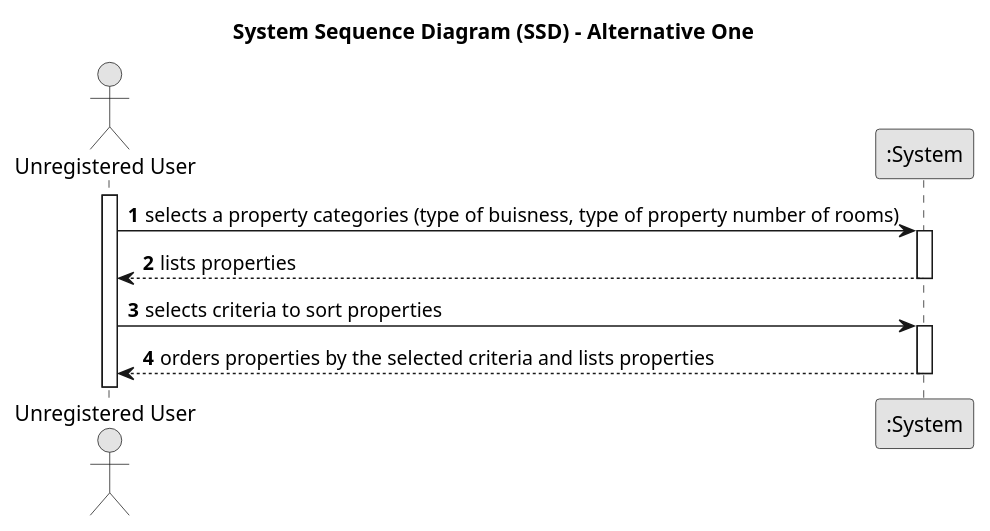
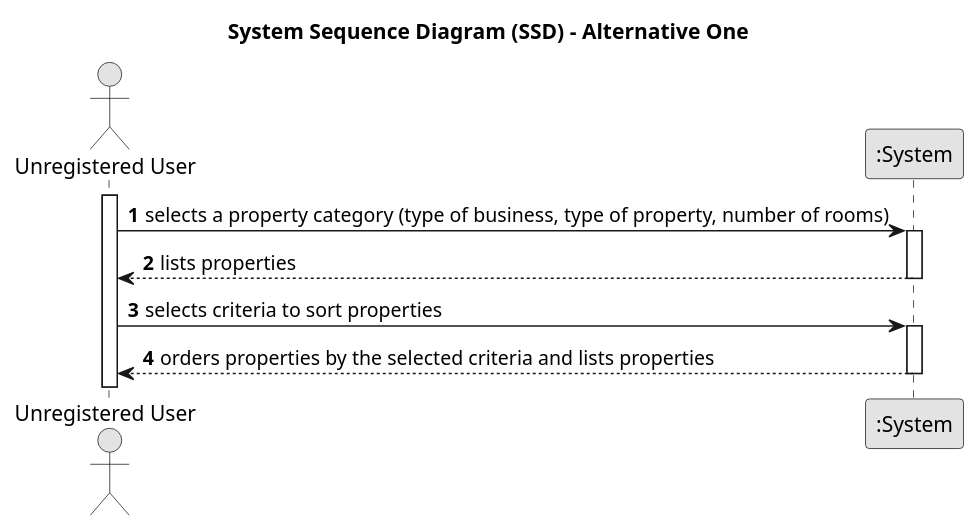
One commit to Goncalves2525/real-estate-management-system changed the diagram in docs/sprintA/us001/01.requirements-engineering/puml/us001-system-sequence-diagram-alternative-one.puml. Above: the diagram before and after it, drawn with PlantUML. The commit also changed 3 other files, not shown here.

```diff
--- a/docs/sprintA/us001/01.requirements-engineering/puml/us001-system-sequence-diagram-alternative-one.puml
+++ b/docs/sprintA/us001/01.requirements-engineering/puml/us001-system-sequence-diagram-alternative-one.puml
@@ -1,30 +1,30 @@
 @startuml
 skinparam monochrome true
 skinparam packageStyle rectangle
 skinparam shadowing false
 
 title System Sequence Diagram (SSD) - Alternative One
 
 autonumber
 
 actor "Unregistered User" as User
 participant ":System" as System
 
 activate User
 
-    User -> System : selects a property categories (type of buisness, type of property number of rooms)
+    User -> System : selects a property category (type of business, type of property, number of rooms)
     activate System
 
         System --> User : lists properties
     deactivate System
 
     User -> System : selects criteria to sort properties
     activate System
 
         System --> User : orders properties by the selected criteria and lists properties
     deactivate System
 
 
 
 
 @enduml
```
